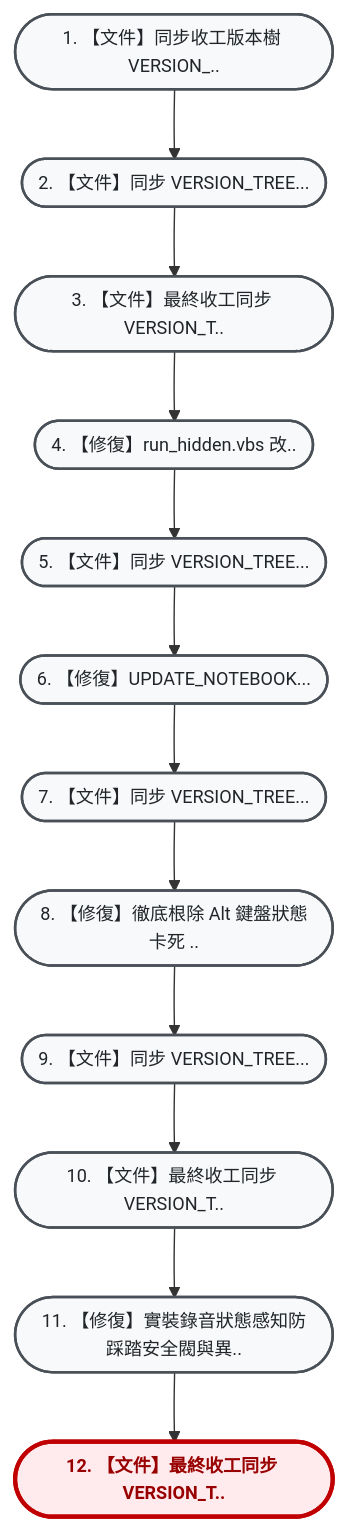
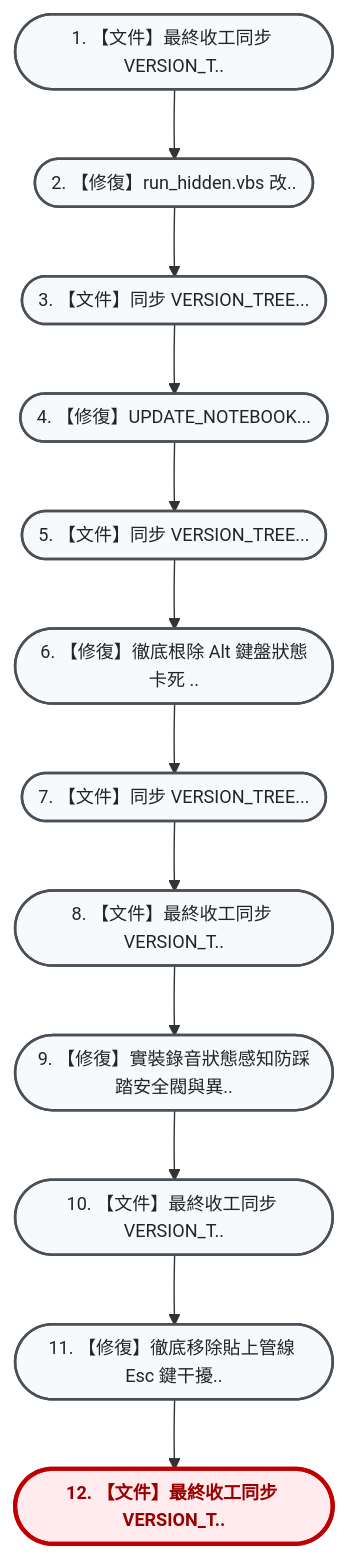
The diagram in VERSION_TREE.md (hjen8/NoType-Scribe), drawn with Mermaid before and after one commit. The commit also changed other lines of this file, not shown here.

Commit message:
docs: 最終收工同步 VERSION_TREE.md (HEAD -> 3fd94e8)

````diff
--- a/VERSION_TREE.md
+++ b/VERSION_TREE.md
@@ -13,30 +13,30 @@
 ```mermaid
 flowchart TD
     %% 雙壁版本樹專用視覺化配色風格 (由上而下 TD 垂直大字純中文版)
     classDef default fill:#f8f9fa,stroke:#495057,stroke-width:1.8px,color:#212529,font-size:13px;
     classDef current fill:#ffebee,stroke:#c00000,stroke-width:3px,color:#900,font-weight:bold,font-size:13px;
     classDef mergeNode fill:#e3f2fd,stroke:#1565c0,stroke-width:2px,color:#0d47a1,font-size:13px;
-    n_79089d2(["1. 【文件】同步收工版本樹 VERSION_.."]):::default
-    n_0029f92(["2. 【文件】同步 VERSION_TREE..."]):::default
-    n_aa9902c(["3. 【文件】最終收工同步 VERSION_T.."]):::default
-    n_fcd881b(["4. 【修復】run_hidden.vbs 改.."]):::default
-    n_2a21125(["5. 【文件】同步 VERSION_TREE..."]):::default
-    n_a22a9d3(["6. 【修復】UPDATE_NOTEBOOK..."]):::default
-    n_95a7624(["7. 【文件】同步 VERSION_TREE..."]):::default
-    n_aef1404(["8. 【修復】徹底根除 Alt 鍵盤狀態卡死 .."]):::default
-    n_e84eb66(["9. 【文件】同步 VERSION_TREE..."]):::default
-    n_84b947b(["10. 【文件】最終收工同步 VERSION_T.."]):::default
-    n_8774d72(["11. 【修復】實裝錄音狀態感知防踩踏安全閥與異.."]):::default
-    n_9fb751d(["12. 【文件】最終收工同步 VERSION_T.."]):::current
-    n_79089d2 --> n_0029f92
-    n_0029f92 --> n_aa9902c
+    n_aa9902c(["1. 【文件】最終收工同步 VERSION_T.."]):::default
+    n_fcd881b(["2. 【修復】run_hidden.vbs 改.."]):::default
+    n_2a21125(["3. 【文件】同步 VERSION_TREE..."]):::default
+    n_a22a9d3(["4. 【修復】UPDATE_NOTEBOOK..."]):::default
+    n_95a7624(["5. 【文件】同步 VERSION_TREE..."]):::default
+    n_aef1404(["6. 【修復】徹底根除 Alt 鍵盤狀態卡死 .."]):::default
+    n_e84eb66(["7. 【文件】同步 VERSION_TREE..."]):::default
+    n_84b947b(["8. 【文件】最終收工同步 VERSION_T.."]):::default
+    n_8774d72(["9. 【修復】實裝錄音狀態感知防踩踏安全閥與異.."]):::default
+    n_3b1109f(["10. 【文件】最終收工同步 VERSION_T.."]):::default
+    n_3fd94e8(["11. 【修復】徹底移除貼上管線 Esc 鍵干擾.."]):::default
+    n_6205a34(["12. 【文件】最終收工同步 VERSION_T.."]):::current
     n_aa9902c --> n_fcd881b
     n_fcd881b --> n_2a21125
     n_2a21125 --> n_a22a9d3
     n_a22a9d3 --> n_95a7624
     n_95a7624 --> n_aef1404
     n_aef1404 --> n_e84eb66
     n_e84eb66 --> n_84b947b
     n_84b947b --> n_8774d72
-    n_8774d72 --> n_9fb751d
+    n_8774d72 --> n_3b1109f
+    n_3b1109f --> n_3fd94e8
+    n_3fd94e8 --> n_6205a34
 ```
````
